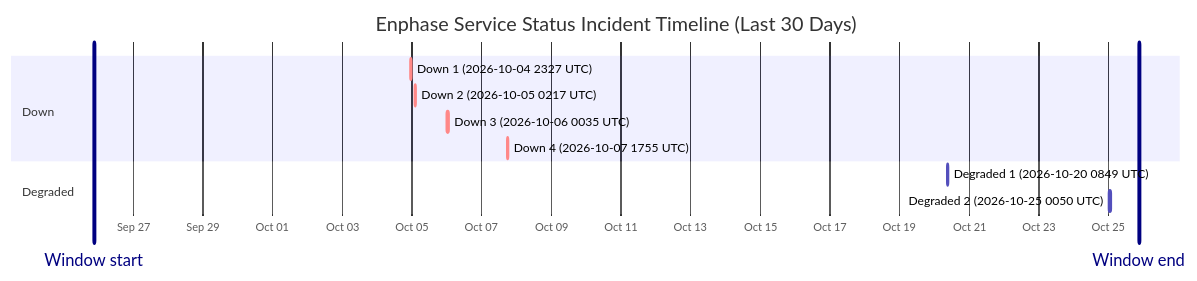
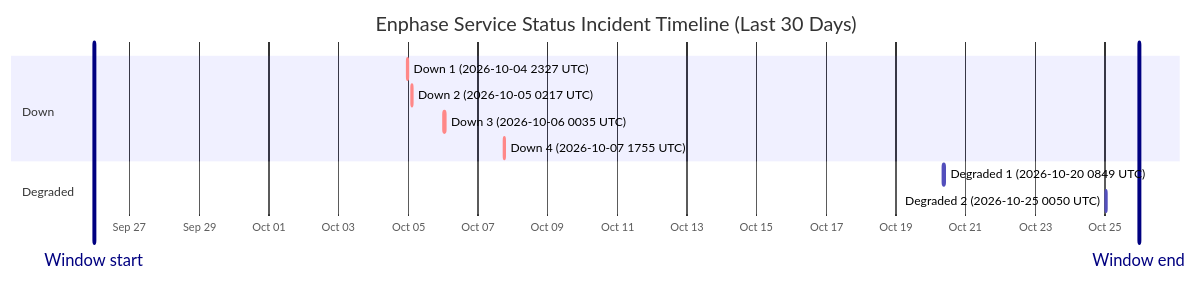
Before and after one commit to barneyonline/ha-enphase-energy: the diagram in wiki/Service-Status-History.md, drawn with Mermaid. The commit also changed other lines of this file and 3 other files, not shown here.

````diff
--- a/wiki/Service-Status-History.md
+++ b/wiki/Service-Status-History.md
@@ -14,16 +14,16 @@
 ```mermaid
 gantt
     title Enphase Service Status Incident Timeline (Last 30 Days)
     dateFormat  YYYY-MM-DDTHH:mm:ss
     axisFormat  %b %d
-    Window start :vert, window-start, 2026-09-25T21:04:11, 0ms
-    Window end :vert, window-end, 2026-10-25T21:04:11, 0ms
+    Window start :vert, window-start, 2026-09-25T23:26:24, 0ms
+    Window end :vert, window-end, 2026-10-25T23:26:24, 0ms
     section Down
     Down 1 (2026-10-04 2327 UTC) :crit, down-1, 2026-10-04T23:27:34, 60m
     Down 2 (2026-10-05 0217 UTC) :crit, down-2, 2026-10-05T02:17:30, 60m
     Down 3 (2026-10-06 0035 UTC) :crit, down-3, 2026-10-06T00:35:21, 60m
     Down 4 (2026-10-07 1755 UTC) :crit, down-4, 2026-10-07T17:55:16, 60m
     section Degraded
     Degraded 1 (2026-10-20 0849 UTC) :active, degraded-1, 2026-10-20T08:49:49, 60m
     Degraded 2 (2026-10-25 0050 UTC) :active, degraded-2, 2026-10-25T00:50:01, 60m
 ```
````
